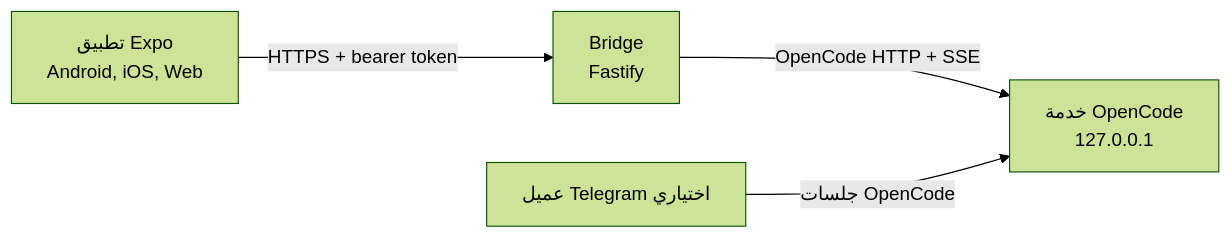
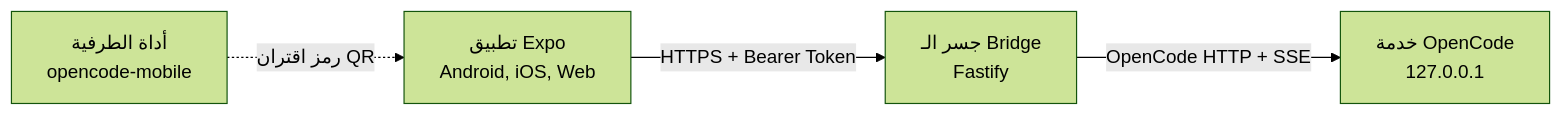
One commit to Aetherdz/opencode-mobile changed the diagram in README.ar.md. Above: the diagram before and after it, drawn with Mermaid (forest theme). The commit also changed other lines of this file and 23 other files, not shown here.

Commit message:
feat(release): OpenCode Mobile v1.0.0-beta.10 - 1-command install, Argon 4 architecture showcase, and refined UI touch ergonomics (#23)

````diff
--- a/README.ar.md
+++ b/README.ar.md
@@ -46,6 +138,6 @@
 ```mermaid
 flowchart LR
-  Phone["تطبيق Expo<br/>Android, iOS, Web"] -->|"HTTPS + bearer token"| Bridge["Bridge<br/>Fastify"]
+  Phone["تطبيق Expo<br/>Android, iOS, Web"] -->|"HTTPS + Bearer Token"| Bridge["جسر الـ Bridge<br/>Fastify"]
   Bridge -->|"OpenCode HTTP + SSE"| OpenCode["خدمة OpenCode<br/>127.0.0.1"]
-  Telegram["عميل Telegram اختياري"] -->|"جلسات OpenCode"| OpenCode
+  Terminal["أداة الطرفية<br/>opencode-mobile"] -.->|"رمز اقتران QR"| Phone
 ```
````
